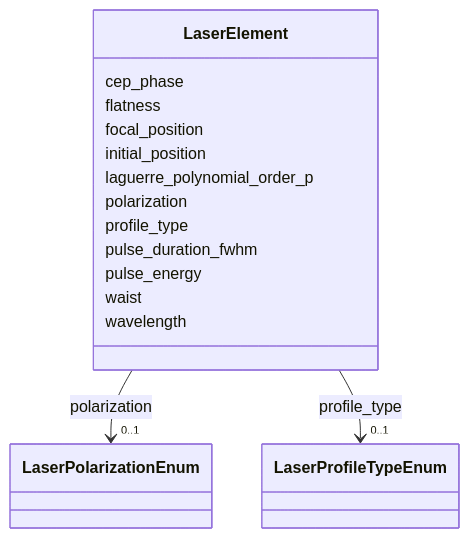
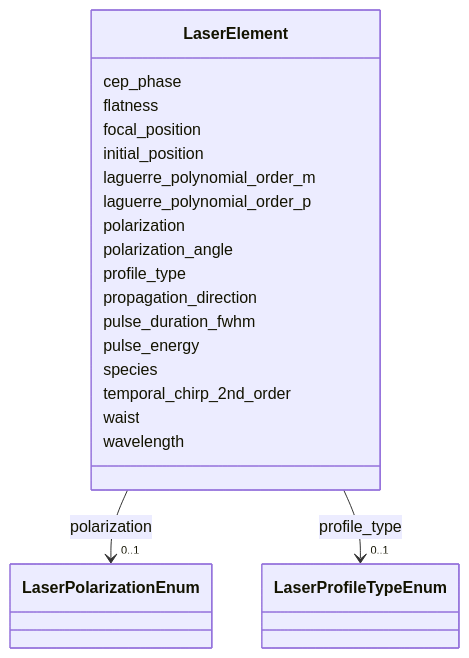
Before and after one commit to astec-stfc/laura: the diagram in docs/source/schema/LaserElement.md, drawn with Mermaid. The commit also changed other lines of this file and 84 other files, not shown here.

````diff
--- a/docs/source/schema/LaserElement.md
+++ b/docs/source/schema/LaserElement.md
@@ -18,46 +18,56 @@
 ```mermaid
  classDiagram
     class LaserElement
     click LaserElement href "../LaserElement/"
       LaserElement : cep_phase
         
       LaserElement : flatness
         
       LaserElement : focal_position
         
       LaserElement : initial_position
+        
+      LaserElement : laguerre_polynomial_order_m
         
       LaserElement : laguerre_polynomial_order_p
         
       LaserElement : polarization
         
           
     
         
         
         LaserElement --> "0..1" LaserPolarizationEnum : polarization
         click LaserPolarizationEnum href "../LaserPolarizationEnum/"
     
 
         
+      LaserElement : polarization_angle
+        
       LaserElement : profile_type
         
           
     
         
         
         LaserElement --> "0..1" LaserProfileTypeEnum : profile_type
         click LaserProfileTypeEnum href "../LaserProfileTypeEnum/"
     
 
         
+      LaserElement : propagation_direction
+        
       LaserElement : pulse_duration_fwhm
         
       LaserElement : pulse_energy
+        
+      LaserElement : species
+        
+      LaserElement : temporal_chirp_2nd_order
         
       LaserElement : waist
         
       LaserElement : wavelength
         
       
 ```
````
